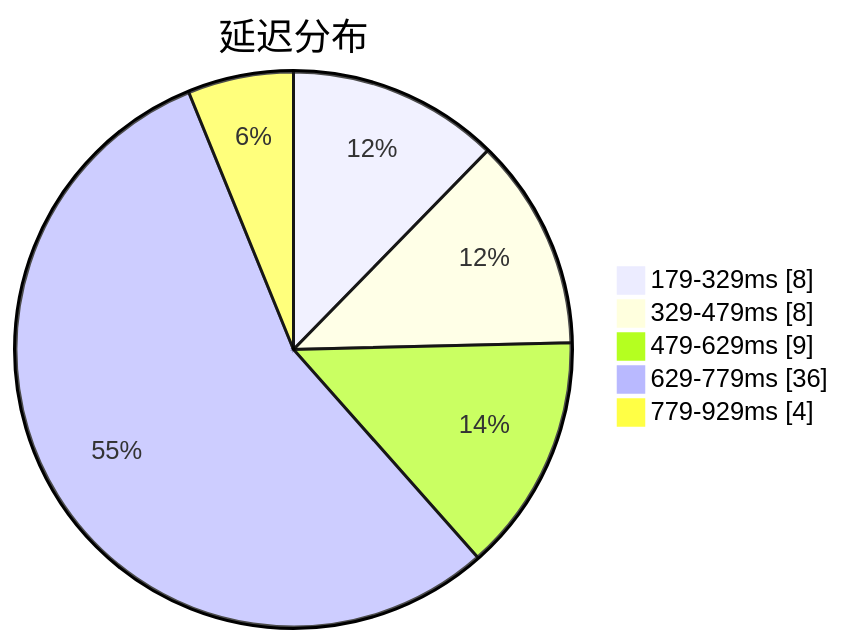
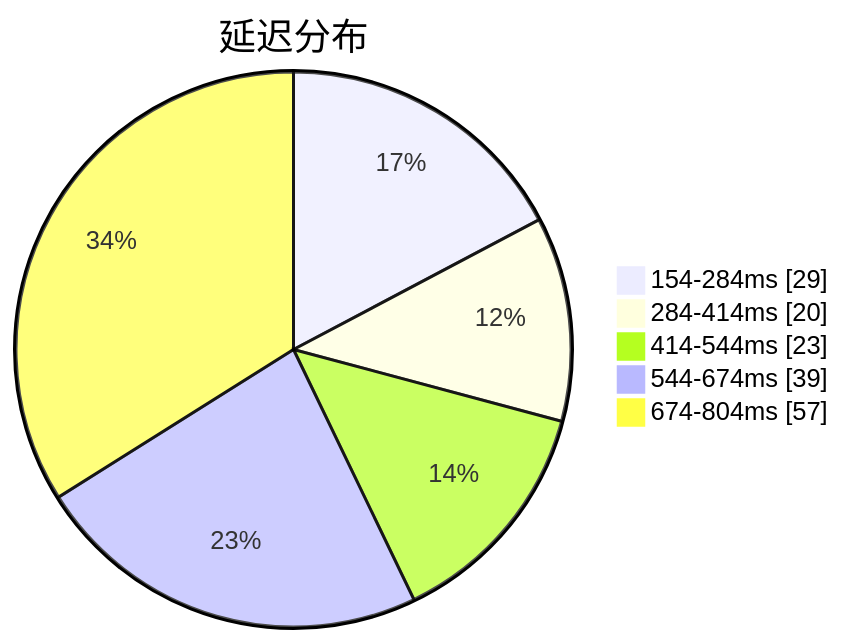
One commit to qjlxg/airport changed the first of 3 diagrams in subs/statistics/tested_within.md. Above: the diagram before and after it, drawn with Mermaid. The commit also changed other lines of this file and 2 other files, not shown here.

````diff
--- a/subs/statistics/tested_within.md
+++ b/subs/statistics/tested_within.md
@@ -2,9 +2,9 @@
 ```mermaid
 pie showData
 title 延迟分布
-"179-329ms" : 8
-"329-479ms" : 8
-"479-629ms" : 9
-"629-779ms" : 36
-"779-929ms" : 4
+"154-284ms" : 29
+"284-414ms" : 20
+"414-544ms" : 23
+"544-674ms" : 39
+"674-804ms" : 57
 ```
````
